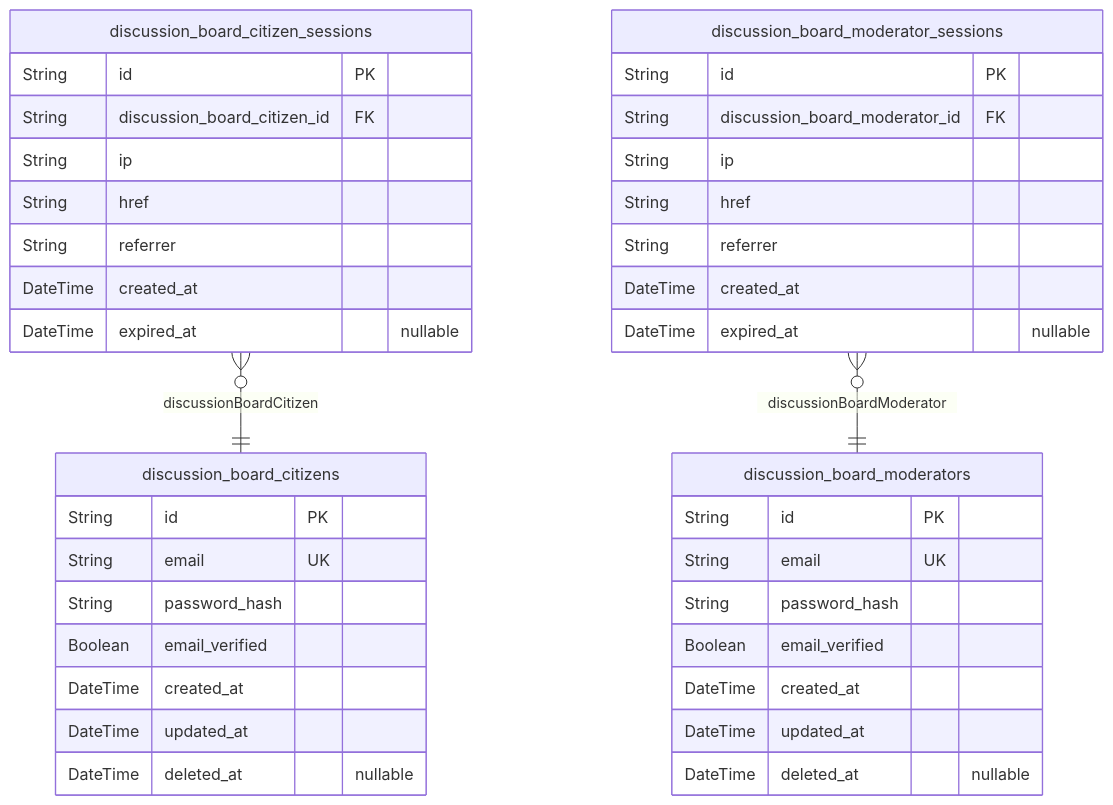
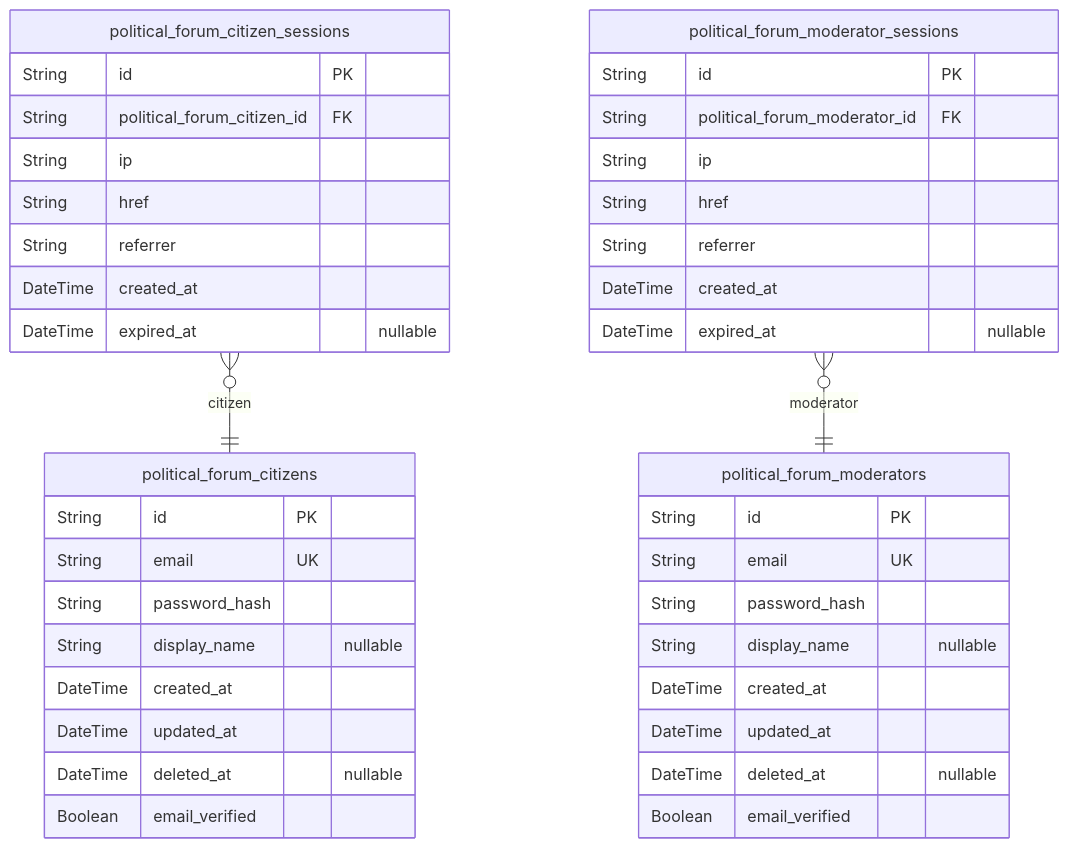
One commit to wrtnlabs/autobe-examples changed the second of 10 diagrams in qwen/qwen3-next-80b-a3b-instruct/bbs/docs/ERD.md. Above: the diagram before and after it, drawn with Mermaid. The commit also changed other lines of this file and 960 other files, not shown here.

````diff
--- a/qwen/qwen3-next-80b-a3b-instruct/bbs/docs/ERD.md
+++ b/qwen/qwen3-next-80b-a3b-instruct/bbs/docs/ERD.md
@@ -57,41 +152,43 @@
 ```mermaid
 erDiagram
-"discussion_board_citizens" {
+"political_forum_citizens" {
   String id PK
   String email UK
   String password_hash
-  Boolean email_verified
+  String display_name "nullable"
   DateTime created_at
   DateTime updated_at
   DateTime deleted_at "nullable"
+  Boolean email_verified
 }
-"discussion_board_citizen_sessions" {
+"political_forum_citizen_sessions" {
   String id PK
-  String discussion_board_citizen_id FK
+  String political_forum_citizen_id FK
   String ip
   String href
   String referrer
   DateTime created_at
   DateTime expired_at "nullable"
 }
-"discussion_board_moderators" {
+"political_forum_moderators" {
   String id PK
   String email UK
   String password_hash
-  Boolean email_verified
+  String display_name "nullable"
   DateTime created_at
   DateTime updated_at
   DateTime deleted_at "nullable"
+  Boolean email_verified
 }
-"discussion_board_moderator_sessions" {
+"political_forum_moderator_sessions" {
   String id PK
-  String discussion_board_moderator_id FK
+  String political_forum_moderator_id FK
   String ip
   String href
   String referrer
   DateTime created_at
   DateTime expired_at "nullable"
 }
-"discussion_board_citizen_sessions" }o--|| "discussion_board_citizens" : discussionBoardCitizen
-"discussion_board_moderator_sessions" }o--|| "discussion_board_moderators" : discussionBoardModerator
+"political_forum_citizen_sessions" }o--|| "political_forum_citizens" : citizen
+"political_forum_moderator_sessions" }o--|| "political_forum_moderators" : moderator
 ```
````
